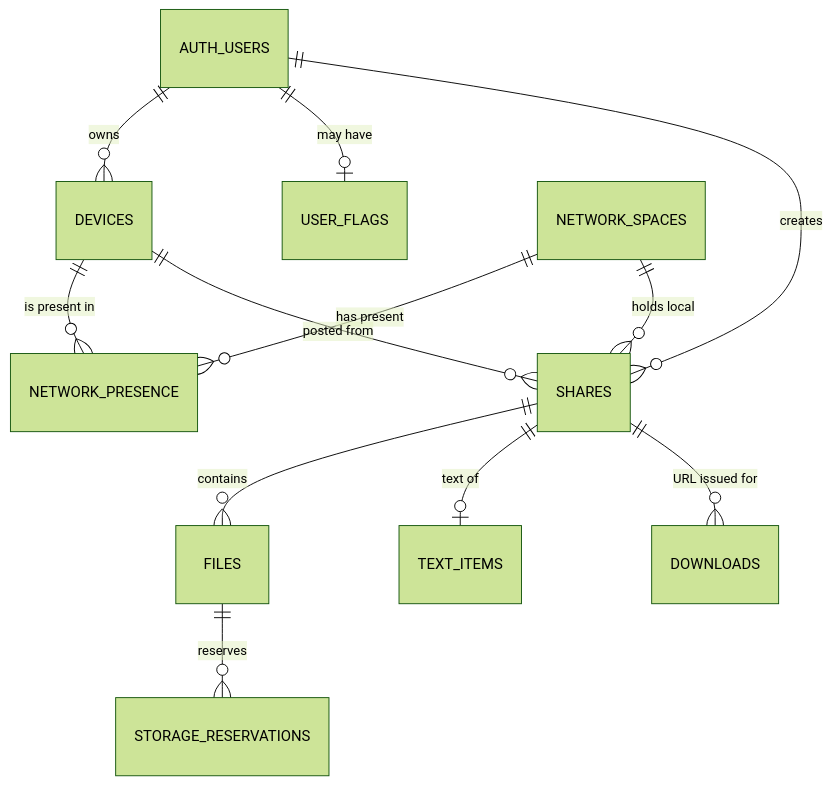
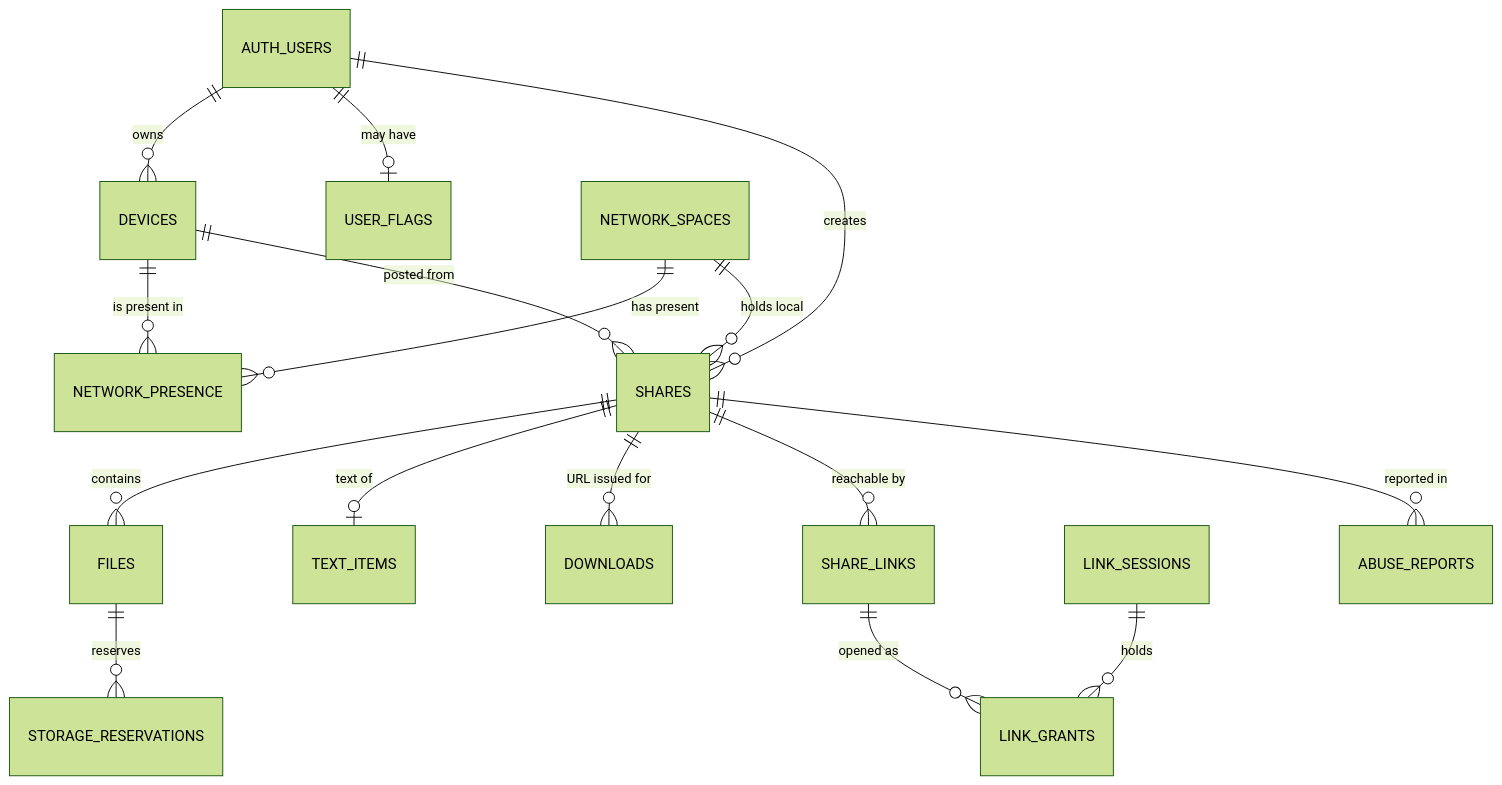
Before and after one commit to waqas-gul/local-saver: the fourth of 8 diagrams in project-docs-workthrough/ARCHITECTURE.md, drawn with Mermaid (forest theme). The commit also changed other lines of this file and 120 other files, not shown here.

````diff
--- a/project-docs-workthrough/ARCHITECTURE.md
+++ b/project-docs-workthrough/ARCHITECTURE.md
@@ -670,14 +807,18 @@
 ```mermaid
 erDiagram
   AUTH_USERS ||--o{ DEVICES : "owns"
   AUTH_USERS ||--o| USER_FLAGS : "may have"
   NETWORK_SPACES ||--o{ NETWORK_PRESENCE : "has present"
   DEVICES ||--o{ NETWORK_PRESENCE : "is present in"
   NETWORK_SPACES ||--o{ SHARES : "holds local"
   AUTH_USERS ||--o{ SHARES : "creates"
   DEVICES ||--o{ SHARES : "posted from"
   SHARES ||--o{ FILES : "contains"
   SHARES ||--o| TEXT_ITEMS : "text of"
   SHARES ||--o{ DOWNLOADS : "URL issued for"
   FILES ||--o{ STORAGE_RESERVATIONS : "reserves"
+  SHARES ||--o{ SHARE_LINKS : "reachable by"
+  SHARE_LINKS ||--o{ LINK_GRANTS : "opened as"
+  LINK_SESSIONS ||--o{ LINK_GRANTS : "holds"
+  SHARES ||--o{ ABUSE_REPORTS : "reported in"
 ```
````
